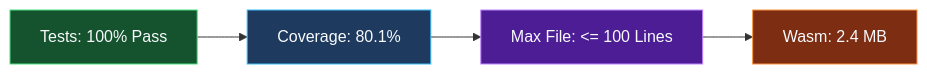
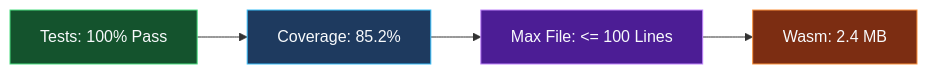
The second of 2 diagrams in metrics.md (thomascherickal/go-ai-gateway), drawn with Mermaid before and after one commit. The commit also changed other lines of this file and 8 other files, not shown here.

````diff
--- a/metrics.md
+++ b/metrics.md
@@ -13,10 +13,10 @@
 ```mermaid
 flowchart LR
-  M1["Tests: 100% Pass"] --> M2["Coverage: 80.1%"]
+  M1["Tests: 100% Pass"] --> M2["Coverage: 85.2%"]
   M2 --> M3["Max File: <= 100 Lines"]
   M3 --> M4["Wasm: 2.4 MB"]
   style M1 fill:#14532d,stroke:#4ade80,color:#f8fafc
   style M2 fill:#1e3a5f,stroke:#38bdf8,color:#f8fafc
   style M3 fill:#4c1d95,stroke:#c084fc,color:#f8fafc
   style M4 fill:#7c2d12,stroke:#fb923c,color:#f8fafc
 ```
````
